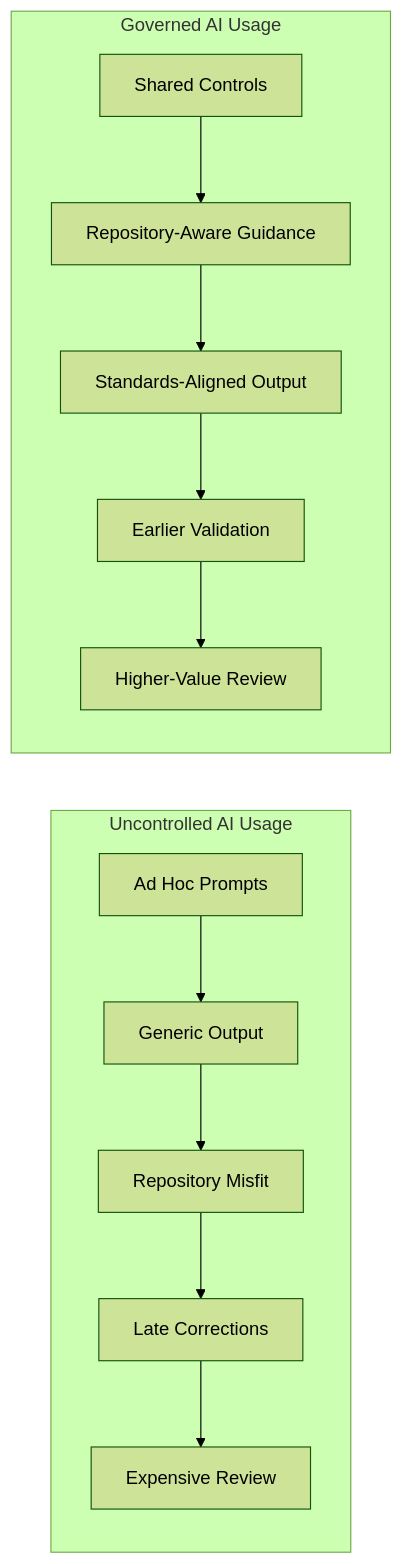
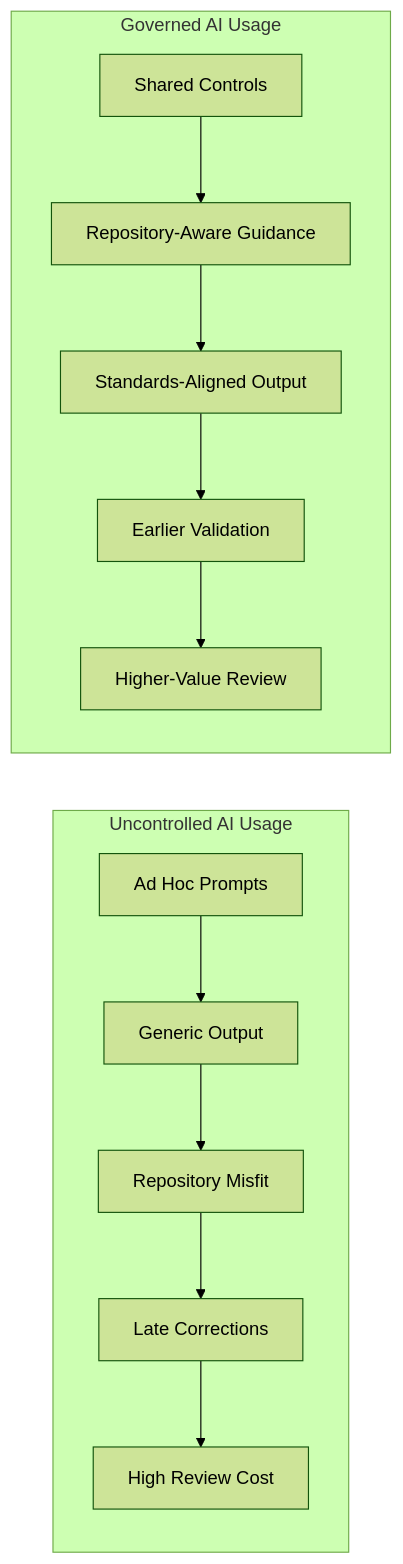
The third of 15 diagrams in creolytix-ai-delivery-model-github-safe.md (refat-asadullah-creolytix-dev/refat-asadullah-creolytix-dev), drawn with Mermaid (forest theme) before and after one commit. The commit also changed other lines of this file, not shown here.

````diff
--- a/creolytix-ai-delivery-model-github-safe.md
+++ b/creolytix-ai-delivery-model-github-safe.md
@@ -94,20 +95,20 @@
 ```mermaid
 flowchart LR
     subgraph L[Uncontrolled AI Usage]
         A1[Ad Hoc Prompts]
         A2[Generic Output]
         A3[Repository Misfit]
         A4[Late Corrections]
-        A5[Expensive Review]
+        A5[High Review Cost]
         A1 --> A2 --> A3 --> A4 --> A5
     end
 
     subgraph R[Governed AI Usage]
         B1[Shared Controls]
         B2[Repository-Aware Guidance]
         B3[Standards-Aligned Output]
         B4[Earlier Validation]
         B5[Higher-Value Review]
         B1 --> B2 --> B3 --> B4 --> B5
     end
 ```
````
